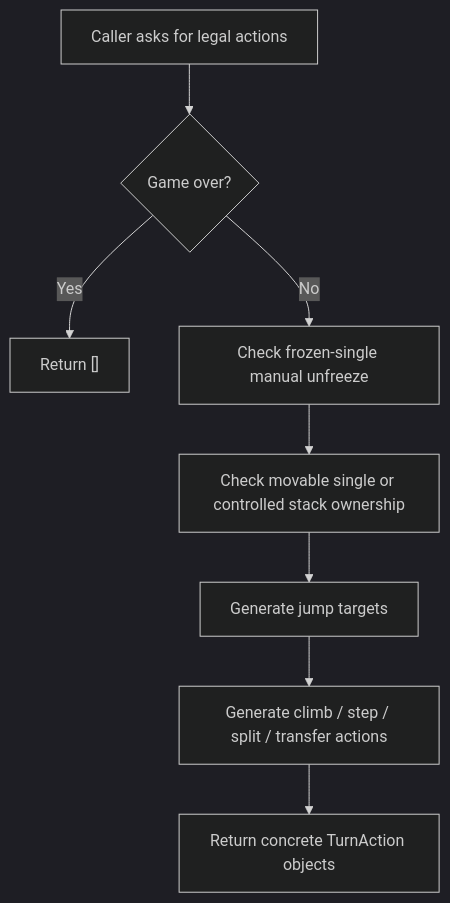
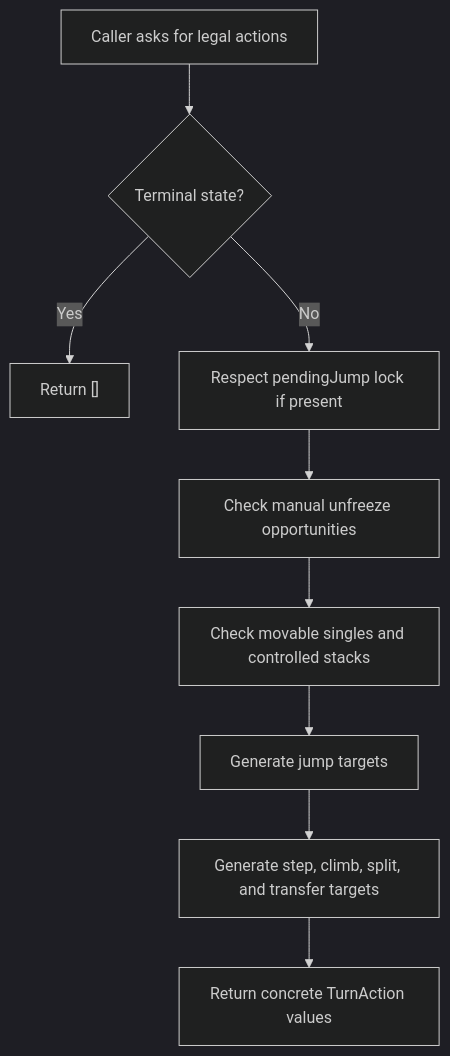
One commit to kstroevsky/you-and-i changed the first of 5 diagrams in src/domain/README.md. Above: the diagram before and after it, drawn with Mermaid (dark theme). The commit also changed other lines of this file and 33 other files, not shown here.

````diff
--- a/src/domain/README.md
+++ b/src/domain/README.md
@@ -209,10 +202,11 @@
 ```mermaid
 flowchart TD
-  A["Caller asks for legal actions"] --> B{"Game over?"}
+  A["Caller asks for legal actions"] --> B{"Terminal state?"}
   B -- "Yes" --> C["Return []"]
-  B -- "No" --> D["Check frozen-single manual unfreeze"]
-  D --> E["Check movable single or controlled stack ownership"]
-  E --> F["Generate jump targets"]
-  F --> G["Generate climb / step / split / transfer actions"]
-  G --> H["Return concrete TurnAction objects"]
+  B -- "No" --> D["Respect pendingJump lock if present"]
+  D --> E["Check manual unfreeze opportunities"]
+  E --> F["Check movable singles and controlled stacks"]
+  F --> G["Generate jump targets"]
+  G --> H["Generate step, climb, split, and transfer targets"]
+  H --> I["Return concrete TurnAction values"]
 ```
````
